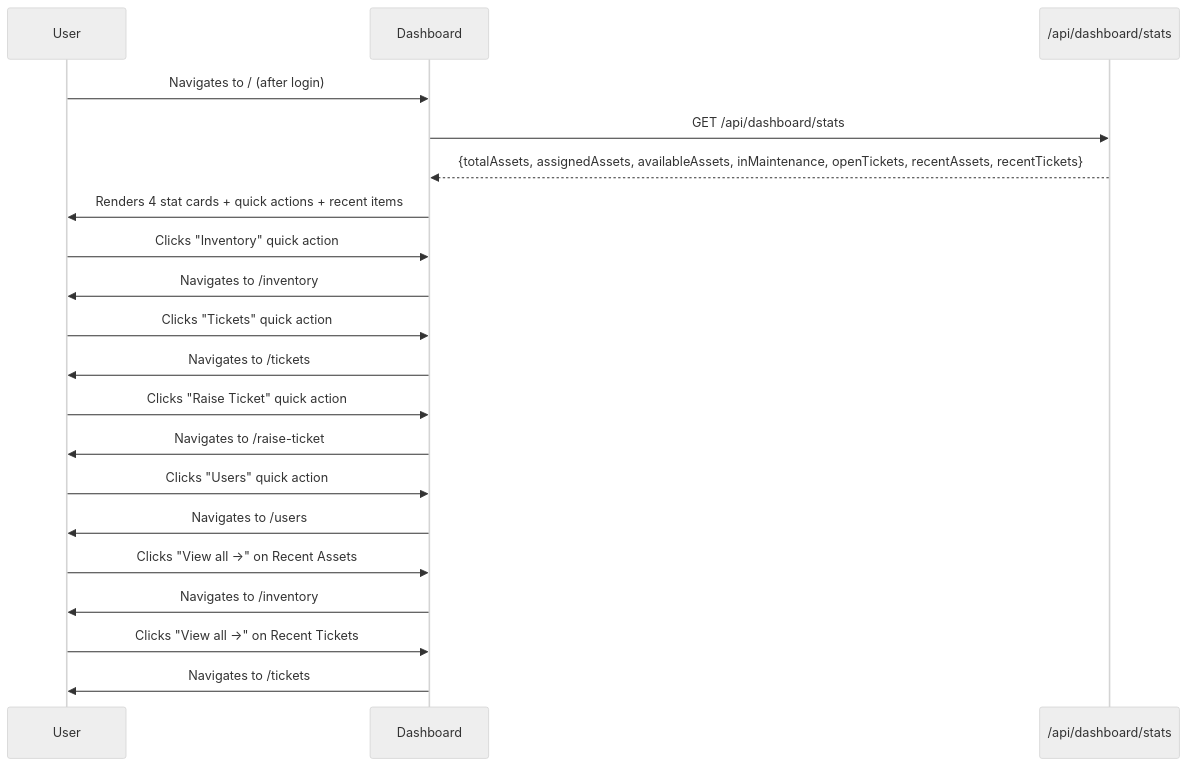
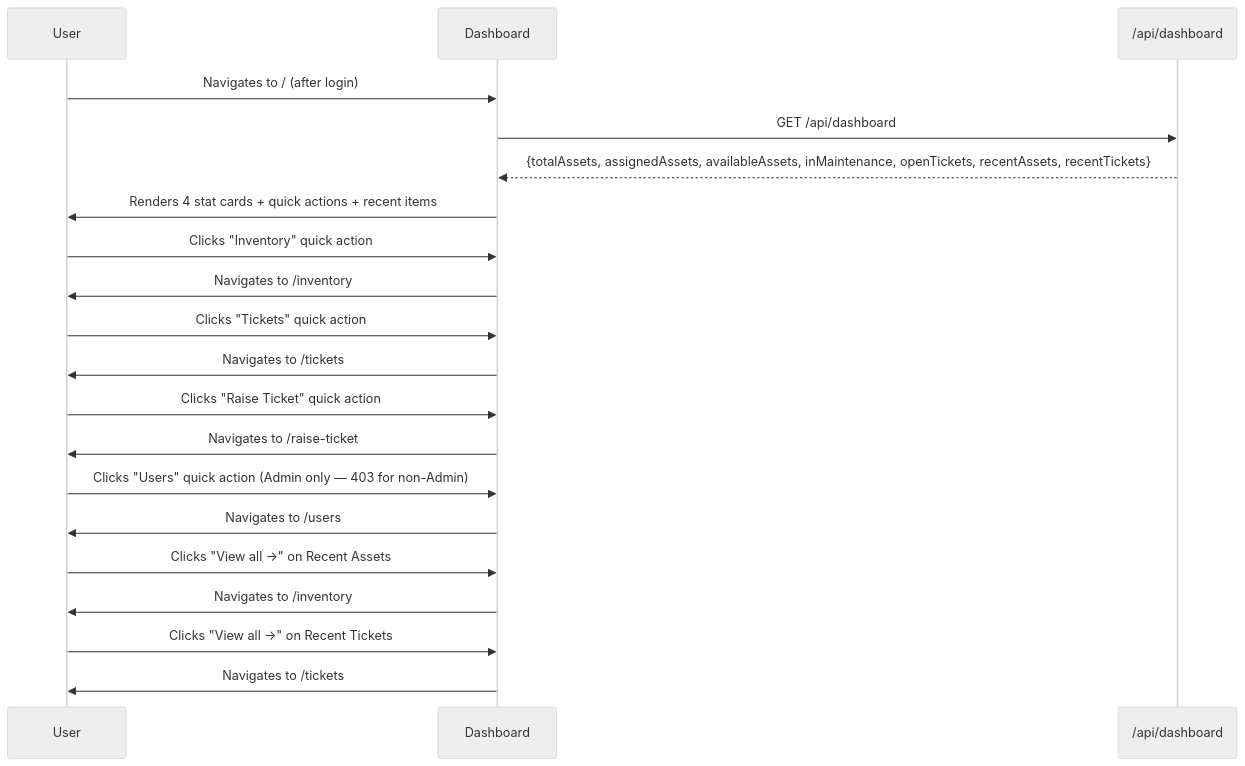
The seventh of 9 diagrams in docs/FLOWS/user-flows.md (cybervarun/office-management-system), drawn with Mermaid (neutral theme) before and after one commit. The commit also changed other lines of this file and 57 other files, not shown here.

````diff
--- a/docs/FLOWS/user-flows.md
+++ b/docs/FLOWS/user-flows.md
@@ -393,23 +444,23 @@
 ```mermaid
 sequenceDiagram
     participant User
     participant DashUI as Dashboard
-    participant API as /api/dashboard/stats
+    participant API as /api/dashboard
 
     User->>DashUI: Navigates to / (after login)
-    DashUI->>API: GET /api/dashboard/stats
+    DashUI->>API: GET /api/dashboard
     API-->>DashUI: {totalAssets, assignedAssets, availableAssets, inMaintenance, openTickets, recentAssets, recentTickets}
     DashUI->>User: Renders 4 stat cards + quick actions + recent items
     User->>DashUI: Clicks "Inventory" quick action
     DashUI->>User: Navigates to /inventory
     User->>DashUI: Clicks "Tickets" quick action
     DashUI->>User: Navigates to /tickets
     User->>DashUI: Clicks "Raise Ticket" quick action
     DashUI->>User: Navigates to /raise-ticket
-    User->>DashUI: Clicks "Users" quick action
+    User->>DashUI: Clicks "Users" quick action (Admin only — 403 for non-Admin)
     DashUI->>User: Navigates to /users
     User->>DashUI: Clicks "View all →" on Recent Assets
     DashUI->>User: Navigates to /inventory
     User->>DashUI: Clicks "View all →" on Recent Tickets
     DashUI->>User: Navigates to /tickets
 ```
````
